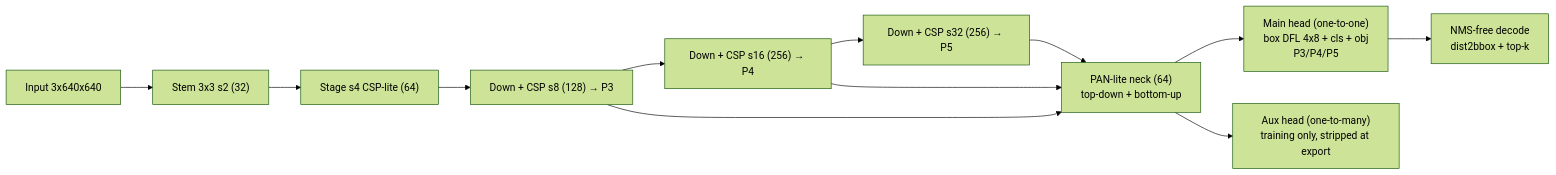
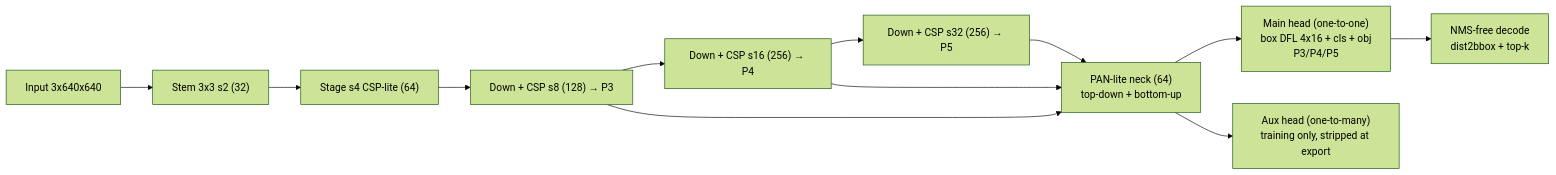
Before and after one commit to avneeshjadhav04/edge-vision-model: the diagram in README.md, drawn with Mermaid (forest theme). The commit also changed other lines of this file and 13 other files, not shown here.

````diff
--- a/README.md
+++ b/README.md
@@ -19,14 +19,14 @@
 ```mermaid
 flowchart LR
     A["Input 3x640x640"] --> B["Stem 3x3 s2 (32)"]
     B --> C["Stage s4 CSP-lite (64)"]
     C --> D["Down + CSP s8 (128)  → P3"]
     D --> E["Down + CSP s16 (256) → P4"]
     E --> F["Down + CSP s32 (256) → P5"]
     F --> G["PAN-lite neck (64)\ntop-down + bottom-up"]
     D --> G
     E --> G
-    G --> H["Main head (one-to-one)\nbox DFL 4x8 + cls + obj\nP3/P4/P5"]
+    G --> H["Main head (one-to-one)\nbox DFL 4x16 + cls + obj\nP3/P4/P5"]
     G --> I["Aux head (one-to-many)\ntraining only, stripped at export"]
     H --> J["NMS-free decode\ndist2bbox + top-k"]
 ```
````
